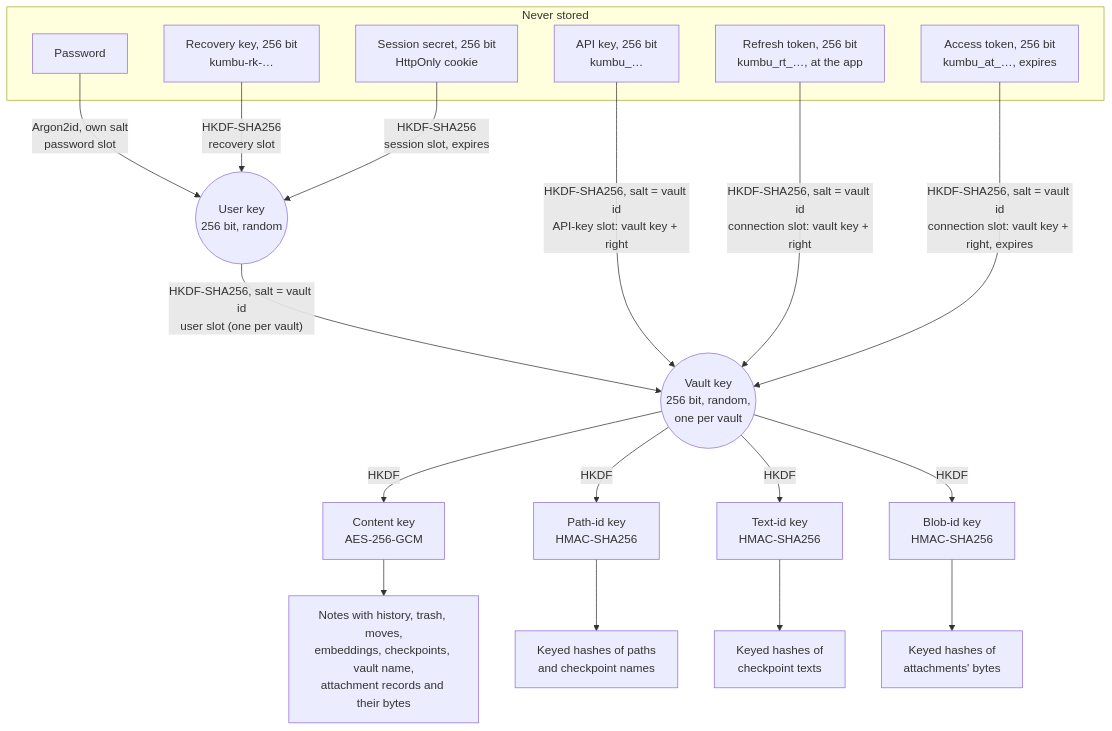
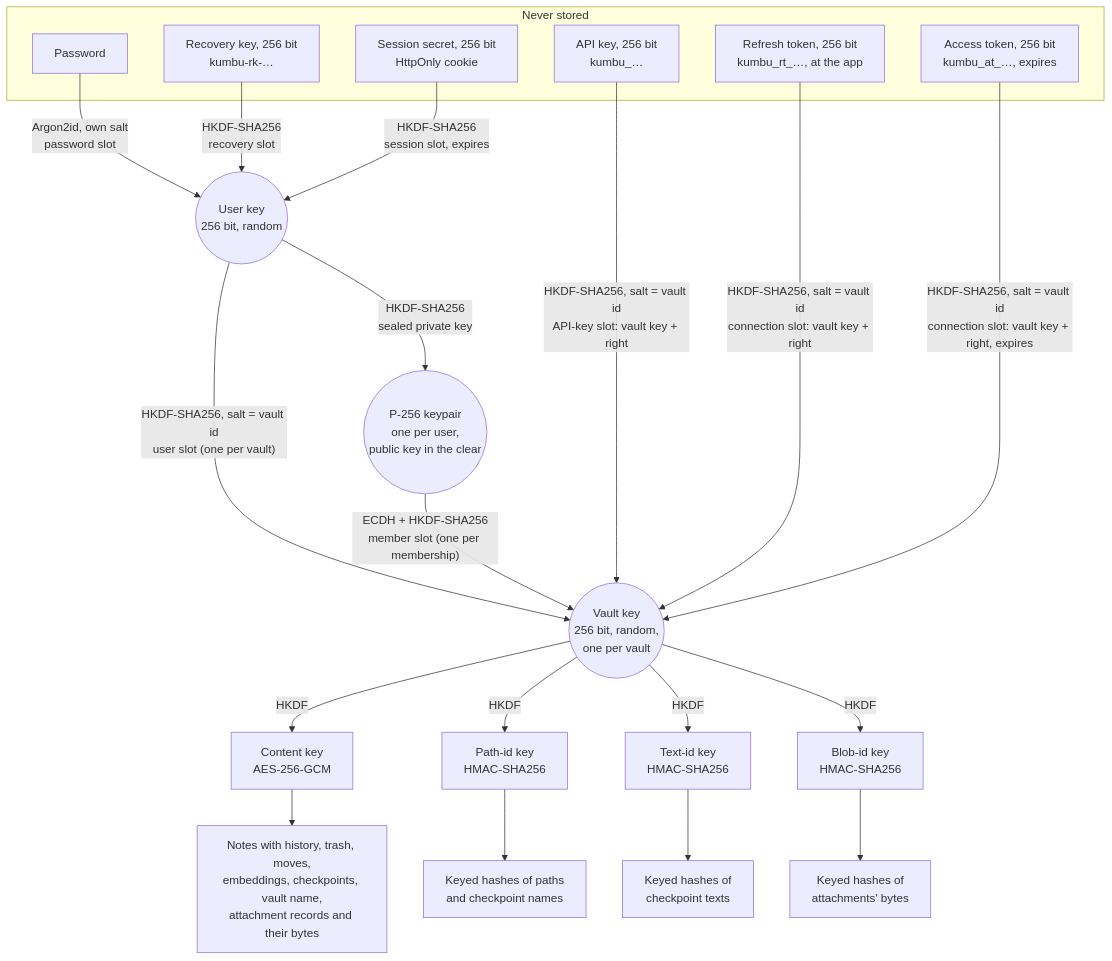
The first of 3 diagrams in docs/security-architecture.md (SCAI-NGO/kumbukumbu), drawn with Mermaid before and after one commit. The commit also changed other lines of this file and 252 other files, not shown here.

````diff
--- a/docs/security-architecture.md
+++ b/docs/security-architecture.md
@@ -73,31 +83,33 @@
 ```mermaid
 flowchart TB
   subgraph held["Never stored"]
     PW["Password"]
     RK["Recovery key, 256 bit<br/>kumbu-rk-…"]
     SC["Session secret, 256 bit<br/>HttpOnly cookie"]
     AK["API key, 256 bit<br/>kumbu_…"]
     RT["Refresh token, 256 bit<br/>kumbu_rt_…, at the app"]
     AT["Access token, 256 bit<br/>kumbu_at_…, expires"]
   end
 
   UK(("User key<br/>256 bit, random"))
   VK(("Vault key<br/>256 bit, random,<br/>one per vault"))
 
   PW -- "Argon2id, own salt<br/>password slot" --> UK
   RK -- "HKDF-SHA256<br/>recovery slot" --> UK
   SC -- "HKDF-SHA256<br/>session slot, expires" --> UK
   UK -- "HKDF-SHA256, salt = vault id<br/>user slot (one per vault)" --> VK
+  UK -- "HKDF-SHA256<br/>sealed private key" --> PRIV(("P-256 keypair<br/>one per user,<br/>public key in the clear"))
+  PRIV -- "ECDH + HKDF-SHA256<br/>member slot (one per membership)" --> VK
   AK -- "HKDF-SHA256, salt = vault id<br/>API-key slot: vault key + right" --> VK
   RT -- "HKDF-SHA256, salt = vault id<br/>connection slot: vault key + right" --> VK
   AT -- "HKDF-SHA256, salt = vault id<br/>connection slot: vault key + right, expires" --> VK
 
   VK -- HKDF --> CK["Content key<br/>AES-256-GCM"]
   VK -- HKDF --> PK["Path-id key<br/>HMAC-SHA256"]
   VK -- HKDF --> TK["Text-id key<br/>HMAC-SHA256"]
   VK -- HKDF --> BK["Blob-id key<br/>HMAC-SHA256"]
   CK --> DATA["Notes with history, trash, moves,<br/>embeddings, checkpoints, vault name,<br/>attachment records and their bytes"]
   PK --> IDS["Keyed hashes of paths<br/>and checkpoint names"]
   TK --> TXT["Keyed hashes of<br/>checkpoint texts"]
   BK --> BID["Keyed hashes of<br/>attachments' bytes"]
 ```
````
